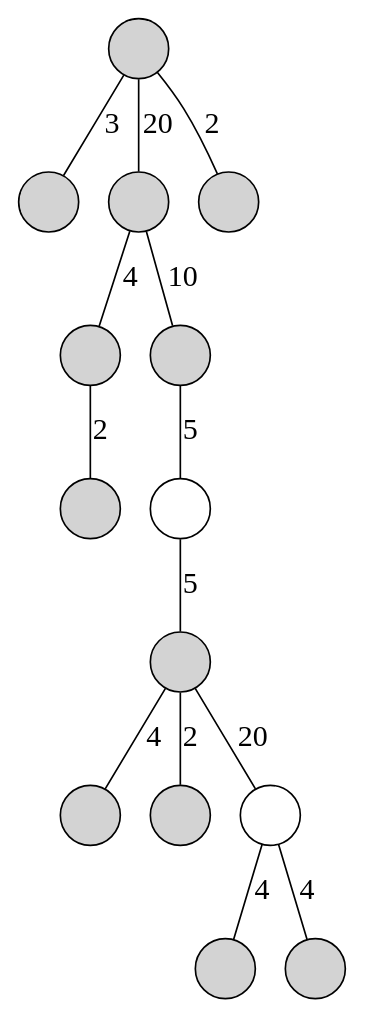
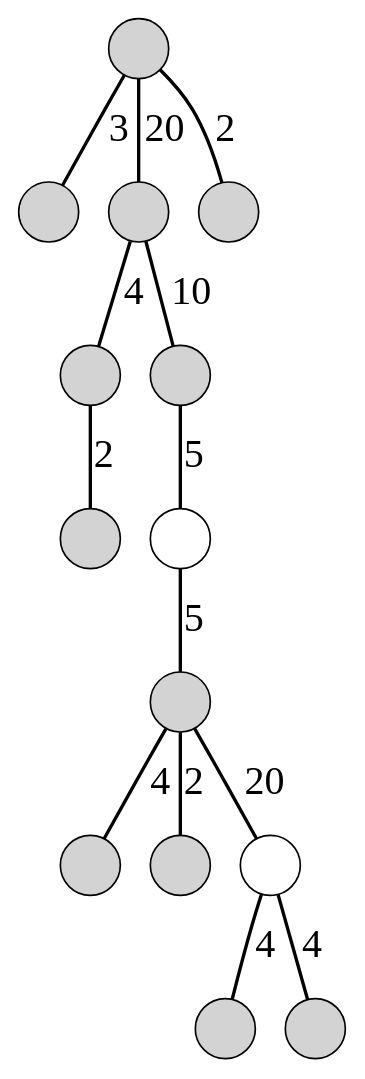
One commit to sgolodetz/waterfallpaper changed the diagram in graphs/smg/marcotegui-initial.gv. Above: the diagram before and after it, drawn with Graphviz. The commit also changed 6 other files, not shown here.

Commit message:
Sort out the edge thicknesses in Figure 14.

```diff
--- a/graphs/smg/marcotegui-initial.gv
+++ b/graphs/smg/marcotegui-initial.gv
@@ -1,22 +1,22 @@
 digraph
 {
 	node [shape=circle, style=filled, label="", fontsize=18];
-	edge [dir=both, arrowtail=none, arrowhead=none, fontsize=18];
+	edge [dir=both, arrowtail=none, arrowhead=none, penwidth=2, fontsize=24];
 
 	n00 -> n10 [label=3];
 	n00 -> n11 [label=20];
 	n00 -> n12 [label=2];
 	n11 -> n20 [label=4];
 	n11 -> n21 [label=10];
 	n20 -> n30 [label=2];
 	n21 -> n31 [label=5];
 	n31 -> n40 [label=5];
 	n40 -> n50 [label=4];
 	n40 -> n51 [label=2];
 	n40 -> n52 [label=20];
 	n52 -> n60 [label=4];
 	n52 -> n61 [label=4];
 
 	n31 [style=solid];
 	n52 [style=solid];
 }
```
